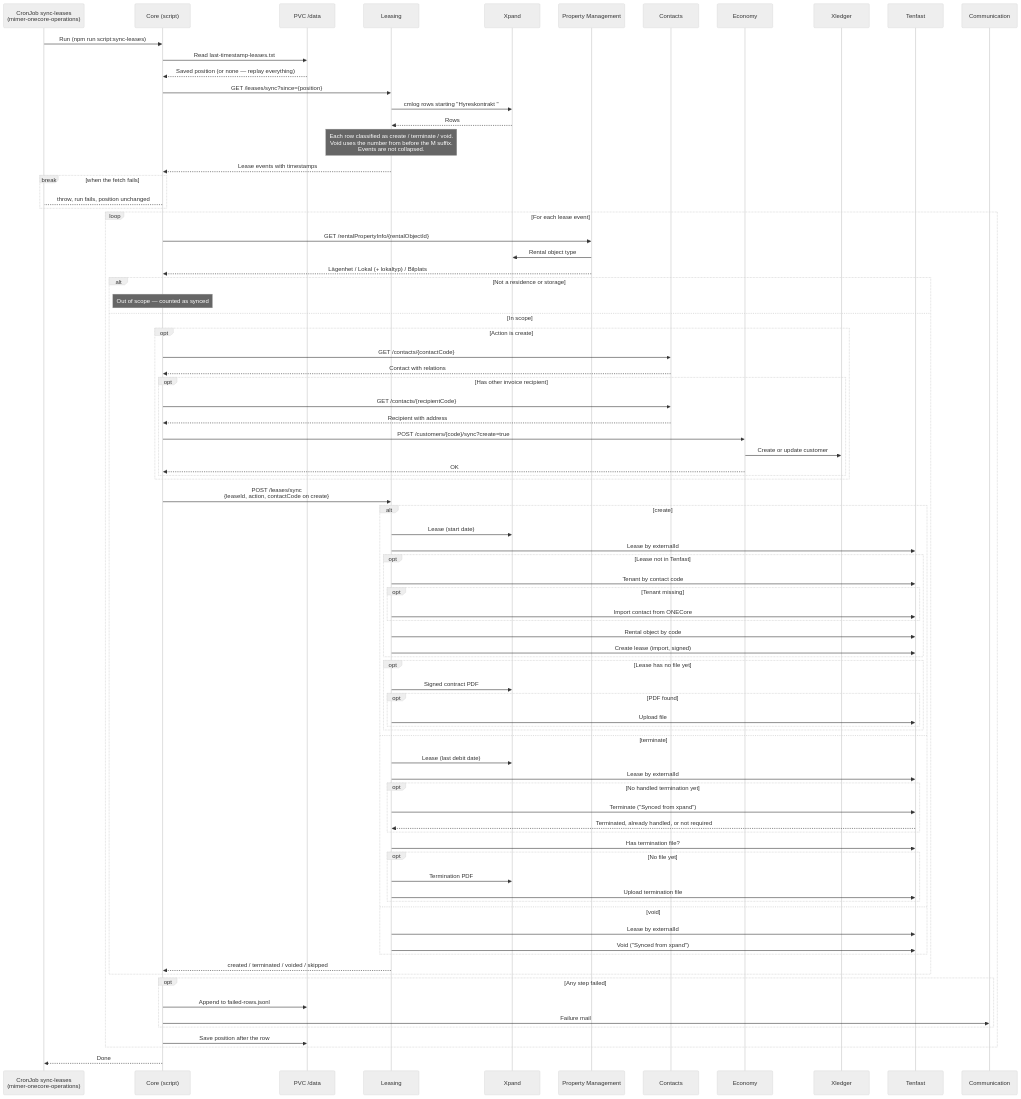
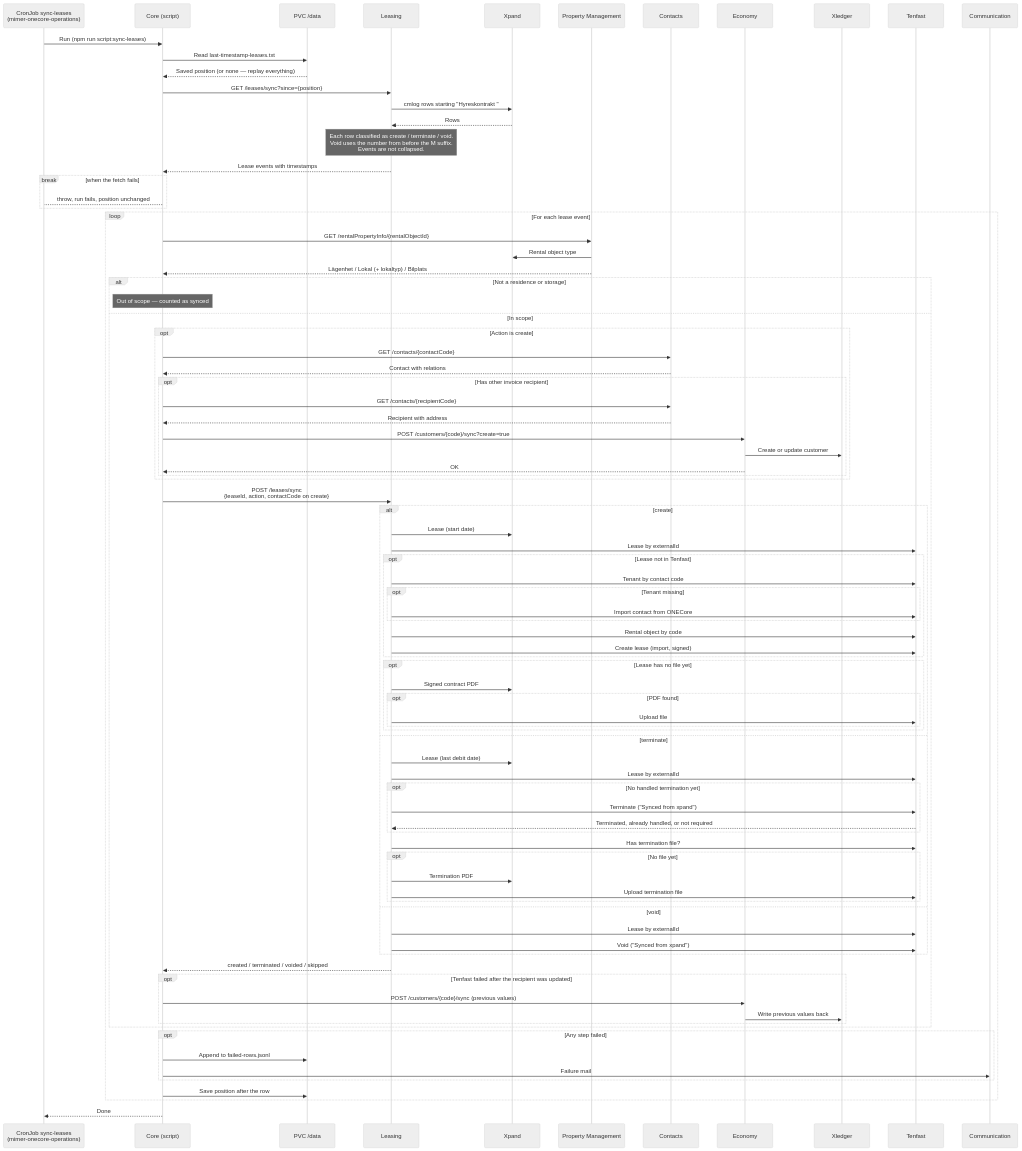
The second of 2 diagrams in core/src/scripts/sync-leases/DOCS_Sync_Leases.md (Bostads-AB-Mimer/onecore), drawn with Mermaid (neutral theme) before and after one commit. The commit also changed other lines of this file and 2 other files, not shown here.

First line of the commit message:
docs: describe step order and undo in the sync docs

```diff
--- a/core/src/scripts/sync-leases/DOCS_Sync_Leases.md
+++ b/core/src/scripts/sync-leases/DOCS_Sync_Leases.md
@@ -217,6 +220,11 @@
             end
 
             Leasing -->> Core: created / terminated / voided / skipped
+
+            opt Tenfast failed after the recipient was updated
+                Core ->> Economy: POST /customers/{code}/sync (previous values)
+                Economy ->> Xledger: Write previous values back
+            end
         end
 
         opt Any step failed
```
